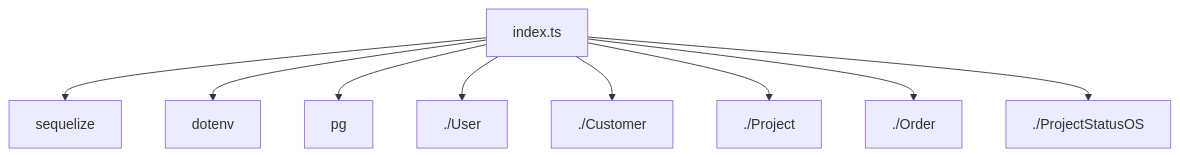
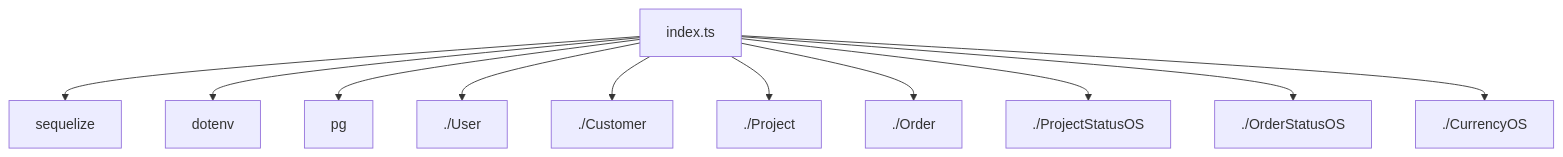
The diagram in docs/components/lib/models/index.md (alcompstudio/studio-current), drawn with Mermaid before and after one commit. The commit also changed 171 other files, not shown here.

````diff
--- a/docs/components/lib/models/index.md
+++ b/docs/components/lib/models/index.md
@@ -7,20 +7,24 @@
 ```mermaid
 flowchart TD
     index_ts[index.ts]
     sequelize[sequelize]
     index_ts --> sequelize
     dotenv[dotenv]
     index_ts --> dotenv
     pg[pg]
     index_ts --> pg
     User[./User]
     index_ts --> User
     Customer[./Customer]
     index_ts --> Customer
     Project[./Project]
     index_ts --> Project
     Order[./Order]
     index_ts --> Order
     ProjectStatusOS[./ProjectStatusOS]
     index_ts --> ProjectStatusOS
+    OrderStatusOS[./OrderStatusOS]
+    index_ts --> OrderStatusOS
+    CurrencyOS[./CurrencyOS]
+    index_ts --> CurrencyOS
 ```
````
